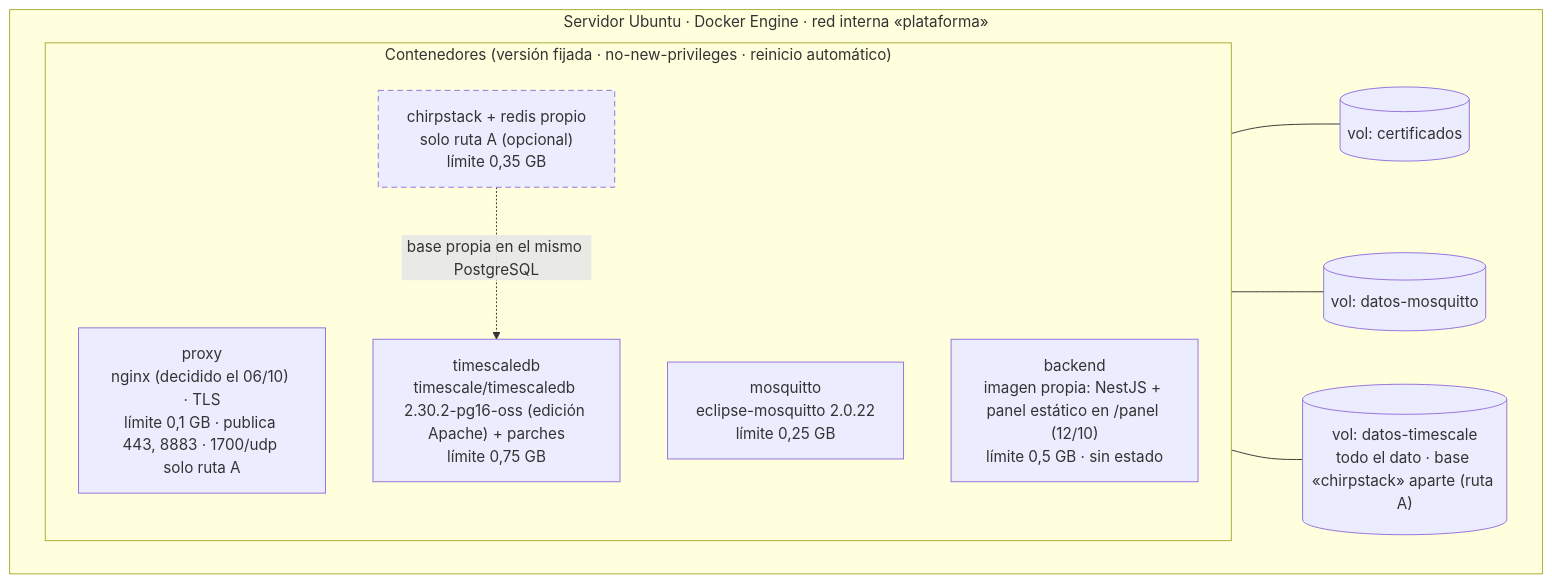
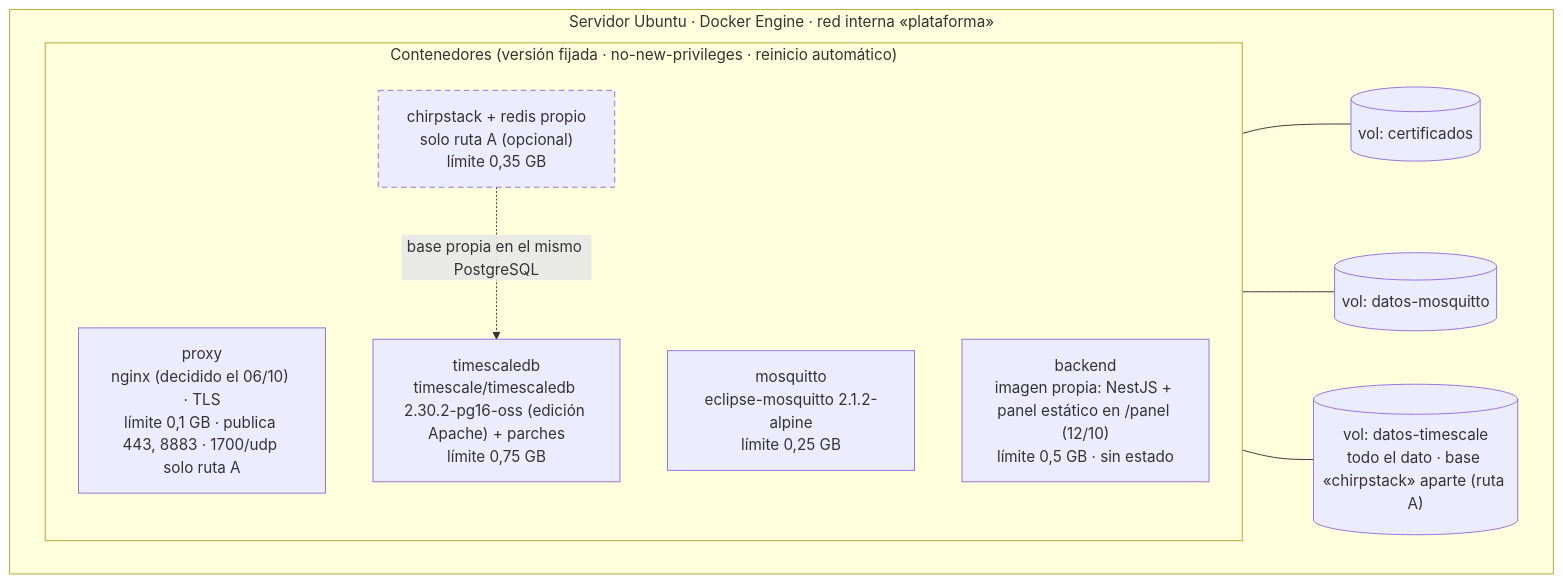
Before and after one commit to vicenterami/tesis: the diagram in informe-oficial/figuras/mermaid/despliegue.mmd, drawn with Mermaid. The commit also changed 52 other files, not shown here.

```diff
--- a/informe-oficial/figuras/mermaid/despliegue.mmd
+++ b/informe-oficial/figuras/mermaid/despliegue.mmd
@@ -1,21 +1,21 @@
 flowchart TB
     subgraph HOST["Servidor Ubuntu · Docker Engine · red interna «plataforma»"]
         direction LR
         subgraph SVC["Contenedores (versión fijada · no-new-privileges · reinicio automático)"]
             direction TB
             C5["proxy<br/>nginx (decidido el 06/10) · TLS<br/>límite 0,1 GB · publica 443, 8883 · 1700/udp solo ruta A"]
-            C1["mosquitto<br/>eclipse-mosquitto 2.0.22<br/>límite 0,25 GB"]
+            C1["mosquitto<br/>eclipse-mosquitto 2.1.2-alpine<br/>límite 0,25 GB"]
             C2["chirpstack + redis propio<br/>solo ruta A (opcional)<br/>límite 0,35 GB"]
             C4["backend<br/>imagen propia: NestJS + panel estático en /panel (12/10)<br/>límite 0,5 GB · sin estado"]
             C3["timescaledb<br/>timescale/timescaledb 2.30.2-pg16-oss (edición Apache) + parches<br/>límite 0,75 GB"]
         end
         V4[("vol: certificados")]
         V2[("vol: datos-mosquitto")]
         V1[("vol: datos-timescale<br/>todo el dato · base «chirpstack» aparte (ruta A)")]
     end
     C5 --- V4
     C1 --- V2
     C3 --- V1
     C2 -. "base propia en el mismo PostgreSQL" .-> C3
     classDef opcional stroke-dasharray:6 4
     class C2 opcional
```
